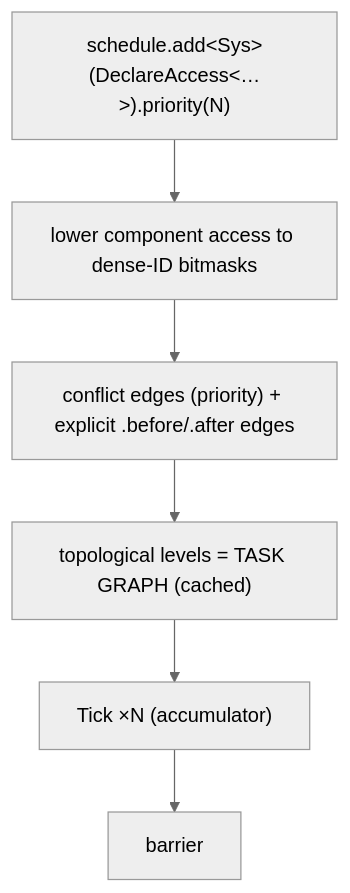
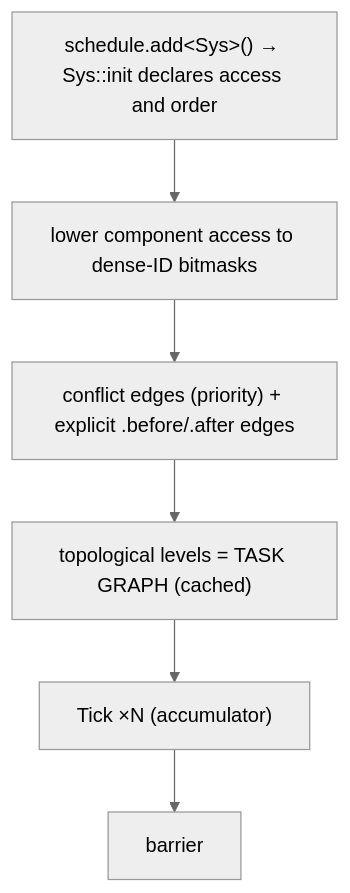
The first of 2 diagrams in 04 Design Docs/Systems/Task Graph — Execution Flow.md (techattackteam/TechEngine-vault), drawn with Mermaid (neutral theme) before and after one commit. The commit also changed other lines of this file and 7 other files, not shown here.

````diff
--- a/04 Design Docs/Systems/Task Graph — Execution Flow.md
+++ b/04 Design Docs/Systems/Task Graph — Execution Flow.md
@@ -84,8 +94,8 @@
 ```mermaid
 flowchart TD
-  A["schedule.add&lt;Sys&gt;(DeclareAccess&lt;…&gt;).priority(N)"] --> B["lower component access to dense-ID bitmasks"]
+  A["schedule.add&lt;Sys&gt;() → Sys::init declares access and order"] --> B["lower component access to dense-ID bitmasks"]
   B --> C["conflict edges (priority) + explicit .before/.after edges"]
   C --> D["topological levels = TASK GRAPH (cached)"]
   D --> E["Tick ×N (accumulator)"]
   E --> F["barrier"]
 ```
````
